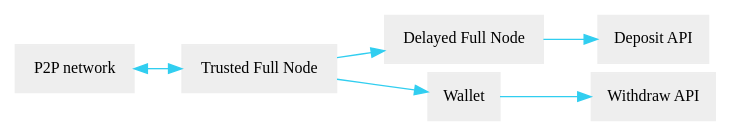
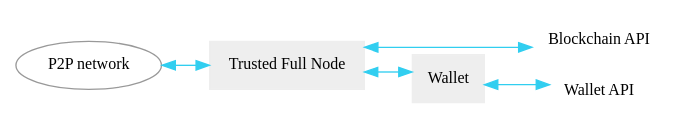
One commit to bitshares/docs.bitshares.org changed the first of 2 diagrams in source/integration/network-setup.rst. Above: the diagram before and after it, drawn with Graphviz. The commit also changed other lines of this file and 7 other files, not shown here.

```diff
--- a/source/integration/network-setup.rst
+++ b/source/integration/network-setup.rst
@@ -22,18 +48,42 @@
 .. graphviz::
 
    digraph foo {
-    rankdir=LR
-    ranksep=0.5;
-    nodesep=0.1;
-    overlap=false;
 
-    node [fontname=Verdana,fontsize=12]
-    node [style=filled]
-    node [fillcolor="#EEEEEE"]
-    node [color="#EEEEEE", shape=box]
-    edge [color="#31CEF0", fontsize=9, fontname=Verdana]
+    graph [rankdir=LR,
+           splines=ortho,
+           ranksep=0.5,
+           nodesep=0,
+           overlap=false,
+           ]
 
-    "P2P network"       -> "Trusted Full Node" [dir="both"]
-    "Trusted Full Node" -> "Delayed Full Node"              -> "Deposit API"
-    "Trusted Full Node" -> "Wallet"                         -> "Withdraw API"
+    node [fontname=Verdana,
+          fontsize=12,
+          style=filled,
+          fillcolor="#EEEEEE",
+          color="#EEEEEE",
+          shape=record,
+          ]
+    edge [color="#31CEF0",
+          fontsize=9,
+          fontname=Verdana,
+          dir=both
+          ]
+
+    "Wallet API"[style="",
+                 color="#FFFFFF"
+                 ]
+    "Blockchain API"[style="",
+                     color="#FFFFFF"
+                     ]
+    "P2P network"[style="",
+                  color="#999999",
+                  shape=ellipse 
+                  ]
+
+    {rank=same "Blockchain API" "Wallet API"}
+
+    "P2P network"       -> "Trusted Full Node"
+    "Trusted Full Node" -> "Wallet"
+    "Wallet"            -> "Wallet API"
+    "Trusted Full Node" -> "Blockchain API"
    }
```
